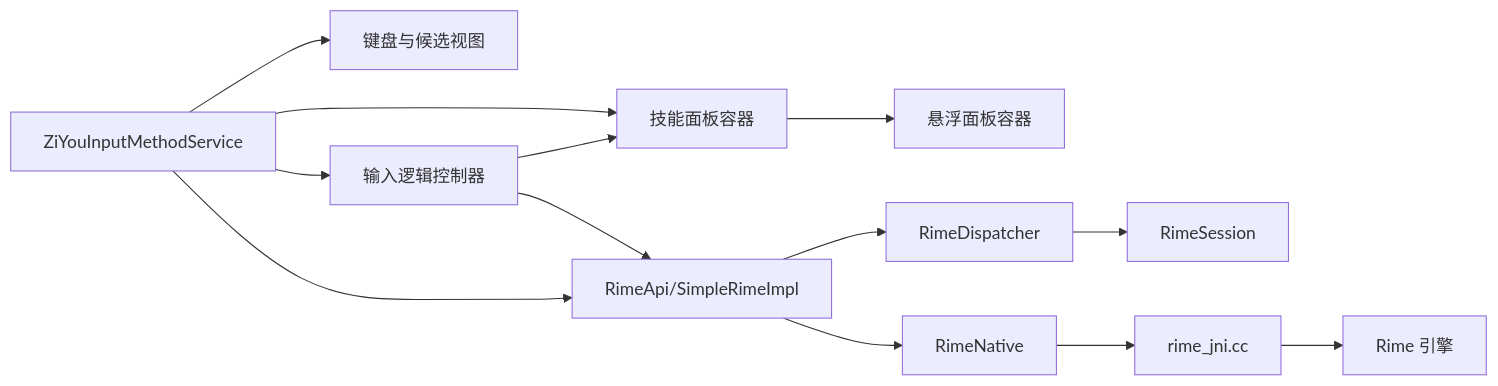
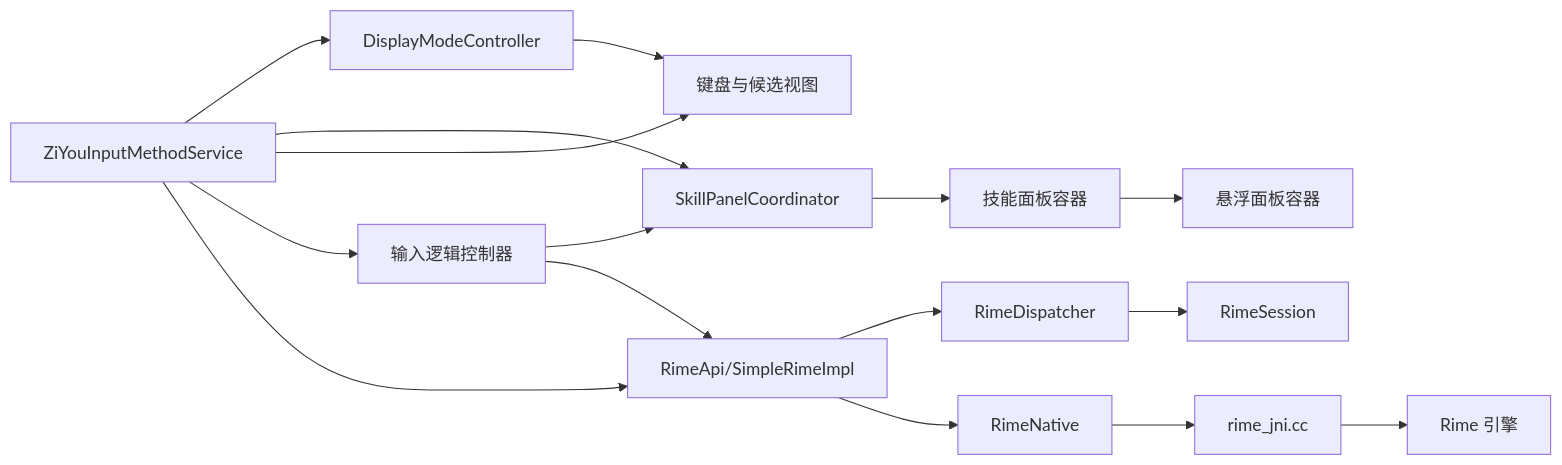
Before and after one commit to qiaodashaoye/ziyou-ime: the sixth of 6 diagrams in .qoder/repowiki/zh/content/输入法服务.md, drawn with Mermaid. The commit also changed other lines of this file and 7 other files, not shown here.

````diff
--- a/.qoder/repowiki/zh/content/输入法服务.md
+++ b/.qoder/repowiki/zh/content/输入法服务.md
@@ -460,15 +520,18 @@
 ```mermaid
 graph LR
-Service["ZiYouInputMethodService"] --> Views["键盘与候选视图"]
-Service --> SkillPanel["技能面板容器"]
+Service["ZiYouInputMethodService"] --> ModeController["DisplayModeController"]
+Service --> SkillCoordinator["SkillPanelCoordinator"]
+Service --> Views["键盘与候选视图"]
 Service --> InputController["输入逻辑控制器"]
 Service --> Core["RimeApi/SimpleRimeImpl"]
+ModeController --> Views
+SkillCoordinator --> SkillPanel["技能面板容器"]
 Core --> Dispatcher["RimeDispatcher"]
 Core --> Native["RimeNative"]
 Dispatcher --> Session["RimeSession"]
 Native --> JNI["rime_jni.cc"]
 JNI --> Engine["Rime 引擎"]
 SkillPanel --> FloatingPanel["悬浮面板容器"]
-InputController --> SkillPanel
+InputController --> SkillCoordinator
 InputController --> Core
 ```
````
